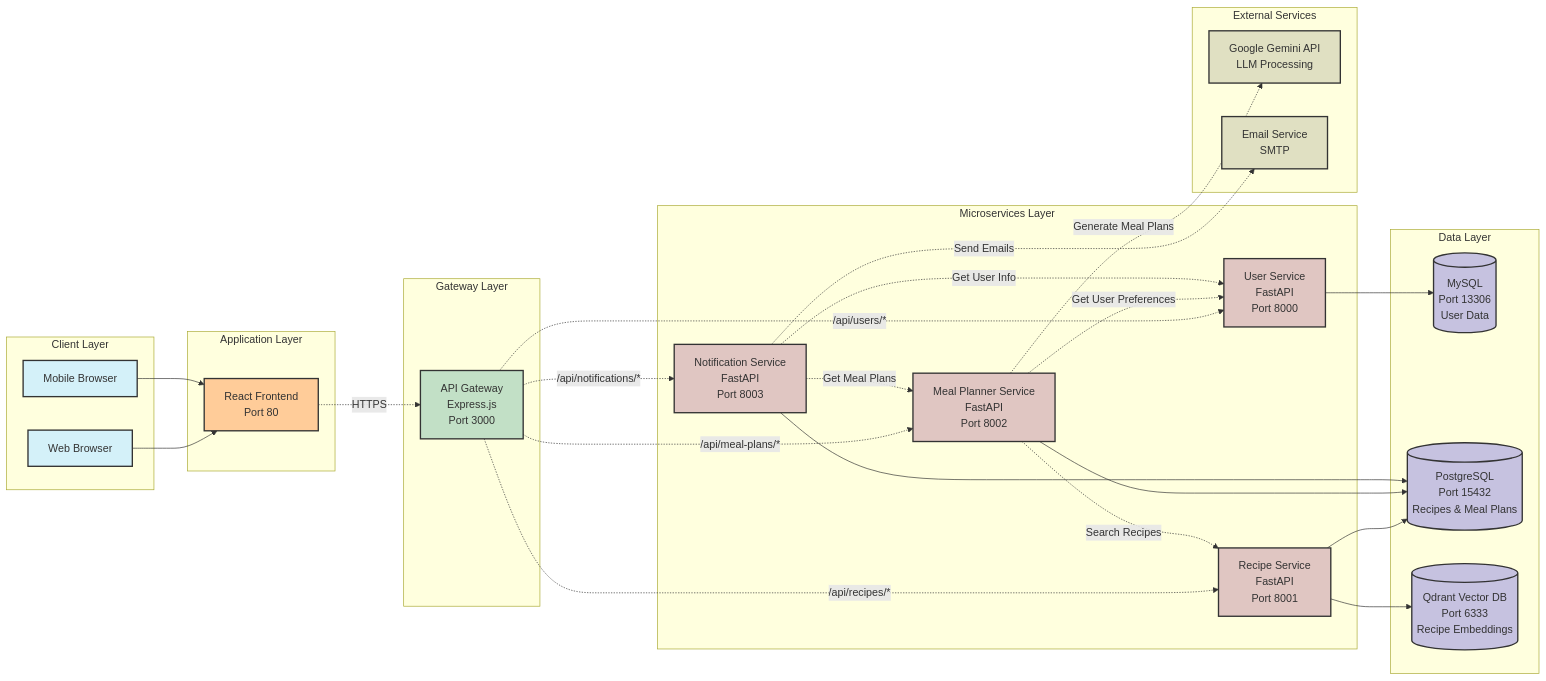
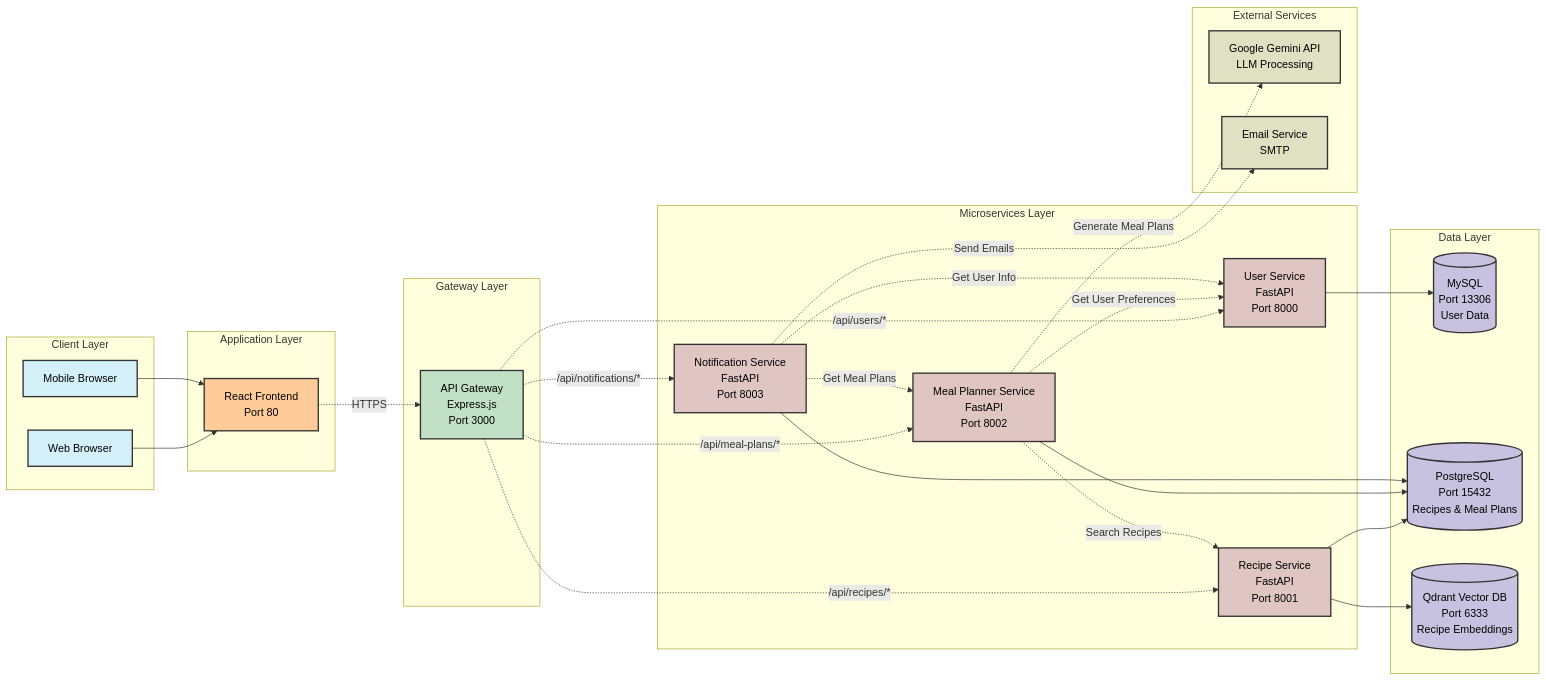
The sixth of 6 diagrams in docs/architecture-diagram.md (benes0508/MealMateAI), drawn with Mermaid before and after one commit. The commit also changed other lines of this file, not shown here.

````diff
--- a/docs/architecture-diagram.md
+++ b/docs/architecture-diagram.md
@@ -482,78 +482,78 @@
 ```mermaid
 graph LR
     subgraph "Client Layer"
         Browser[Web Browser]
         Mobile[Mobile Browser]
     end
     
     subgraph "Application Layer"
         Frontend[React Frontend<br/>Port 80]
     end
     
     subgraph "Gateway Layer"
         APIGateway[API Gateway<br/>Express.js<br/>Port 3000]
     end
     
     subgraph "Microservices Layer"
         UserSvc[User Service<br/>FastAPI<br/>Port 8000]
         RecipeSvc[Recipe Service<br/>FastAPI<br/>Port 8001]
         MealSvc[Meal Planner Service<br/>FastAPI<br/>Port 8002]
         NotifSvc[Notification Service<br/>FastAPI<br/>Port 8003]
     end
     
     subgraph "Data Layer"
         MySQL[(MySQL<br/>Port 13306<br/>User Data)]
         PostgreSQL[(PostgreSQL<br/>Port 15432<br/>Recipes & Meal Plans)]
         Qdrant[(Qdrant Vector DB<br/>Port 6333<br/>Recipe Embeddings)]
     end
     
     subgraph "External Services"
         Gemini[Google Gemini API<br/>LLM Processing]
         SMTP[Email Service<br/>SMTP]
     end
     
     %% Client connections
     Browser --> Frontend
     Mobile --> Frontend
     
     %% Frontend to Gateway
     Frontend -.->|HTTPS| APIGateway
     
     %% Gateway to Services
     APIGateway -.->|/api/users/*| UserSvc
     APIGateway -.->|/api/recipes/*| RecipeSvc
     APIGateway -.->|/api/meal-plans/*| MealSvc
     APIGateway -.->|/api/notifications/*| NotifSvc
     
     %% Service to Database connections
     UserSvc --> MySQL
     RecipeSvc --> PostgreSQL
     RecipeSvc --> Qdrant
     MealSvc --> PostgreSQL
     NotifSvc --> PostgreSQL
     
     %% Inter-service communication
     MealSvc -.->|Get User Preferences| UserSvc
     MealSvc -.->|Search Recipes| RecipeSvc
     NotifSvc -.->|Get User Info| UserSvc
     NotifSvc -.->|Get Meal Plans| MealSvc
     
     %% External API connections
     MealSvc -.->|Generate Meal Plans| Gemini
     NotifSvc -.->|Send Emails| SMTP
     
-    %% Styling
-    classDef client fill:#d4f1f9,stroke:#333,stroke-width:2px
-    classDef frontend fill:#ffcc99,stroke:#333,stroke-width:2px
-    classDef gateway fill:#c2e0c6,stroke:#333,stroke-width:2px
-    classDef service fill:#e0c6c2,stroke:#333,stroke-width:2px
-    classDef database fill:#c6c2e0,stroke:#333,stroke-width:2px
-    classDef external fill:#e0e0c2,stroke:#333,stroke-width:2px
+    %% Styling with better text contrast
+    classDef client fill:#d4f1f9,stroke:#333,stroke-width:2px,color:#000
+    classDef frontend fill:#ffcc99,stroke:#333,stroke-width:2px,color:#000
+    classDef gateway fill:#c2e0c6,stroke:#333,stroke-width:2px,color:#000
+    classDef service fill:#e0c6c2,stroke:#333,stroke-width:2px,color:#000
+    classDef database fill:#c6c2e0,stroke:#333,stroke-width:2px,color:#000
+    classDef external fill:#e0e0c2,stroke:#333,stroke-width:2px,color:#000
     
     class Browser,Mobile client
     class Frontend frontend
     class APIGateway gateway
     class UserSvc,RecipeSvc,MealSvc,NotifSvc service
     class MySQL,PostgreSQL,Qdrant database
     class Gemini,SMTP external
 ```
````
